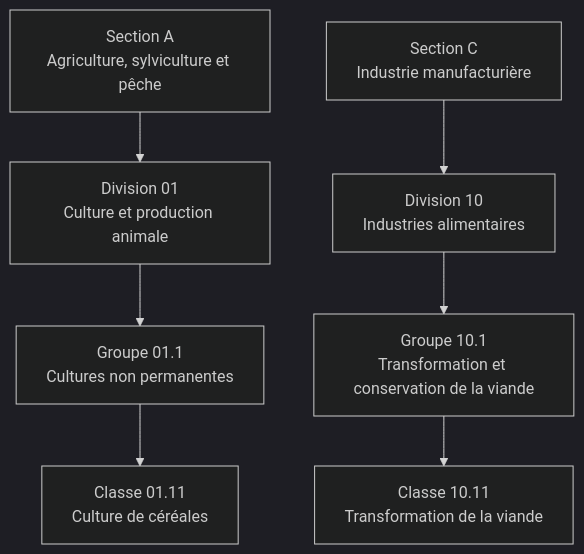
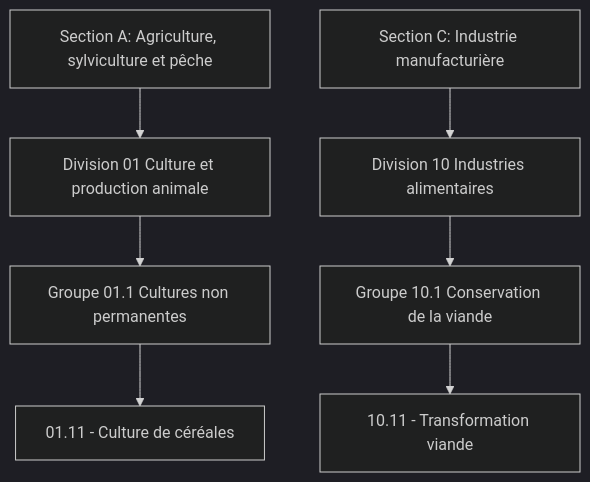
The first of 2 diagrams in presentation/presentation.qmd (InseeFrLab/GRAAL), drawn with Mermaid (dark theme) before and after one commit. The commit also changed other lines of this file and 104 other files, not shown here.

````diff
--- a/presentation/presentation.qmd
+++ b/presentation/presentation.qmd
@@ -52,28 +53,17 @@
 ```{mermaid}
-graph TD
-  %% Sections
-  S_A["Section A<br/>Agriculture, sylviculture et pêche"]
-  S_C["Section C<br/>Industrie manufacturière"]
-
-  %% Divisions
-  D_01["Division 01<br/>Culture et production animale"]
-  D_10["Division 10<br/>Industries alimentaires"]
-
-  %% Groupes
-  G_01_1["Groupe 01.1<br/>Cultures non permanentes"]
-  G_10_1["Groupe 10.1<br/>Transformation et conservation de la viande"]
-
-  %% Classes
-  C_01_11["Classe 01.11<br/>Culture de céréales"]
-  C_10_11["Classe 10.11<br/>Transformation de la viande"]
-
-  %% Relations
-  S_A --> D_01
-  S_C --> D_10
-
-  D_01 --> G_01_1
-  D_10 --> G_10_1
-
-  G_01_1 --> C_01_11
-  G_10_1 --> C_10_11
-```
+flowchart TD
+  A["Section A: Agriculture, sylviculture et pêche"]
+  C["Section C: Industrie manufacturière"]
+  
+  D01["Division 01 Culture et production animale"]
+  D10["Division 10 Industries alimentaires"]
+  
+  G011["Groupe 01.1 Cultures non permanentes"]
+  G101["Groupe 10.1 Conservation de la viande"]
+  
+  C0111["01.11 - Culture de céréales"]
+  C1011["10.11 - Transformation viande"]
+  
+  A --> D01 --> G011 --> C0111
+  C --> D10 --> G101 --> C1011
+  ```
````
